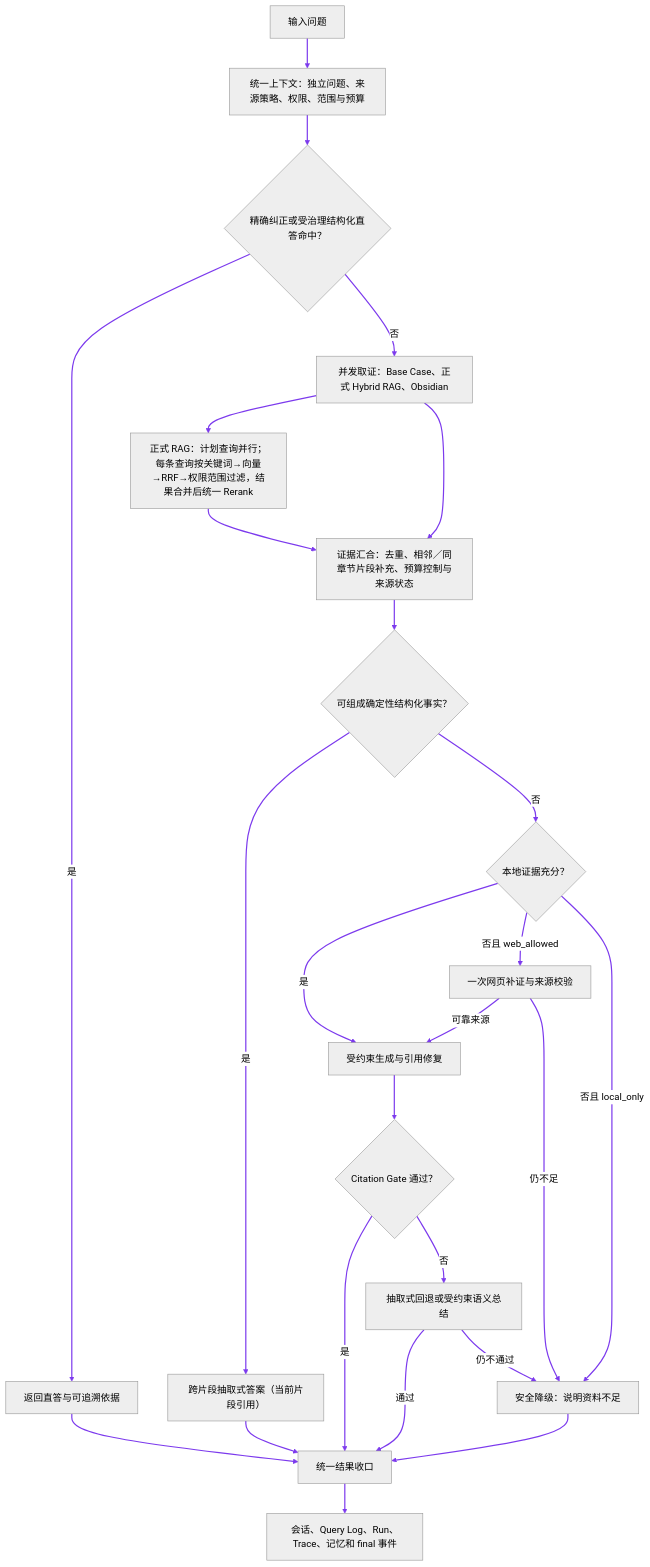
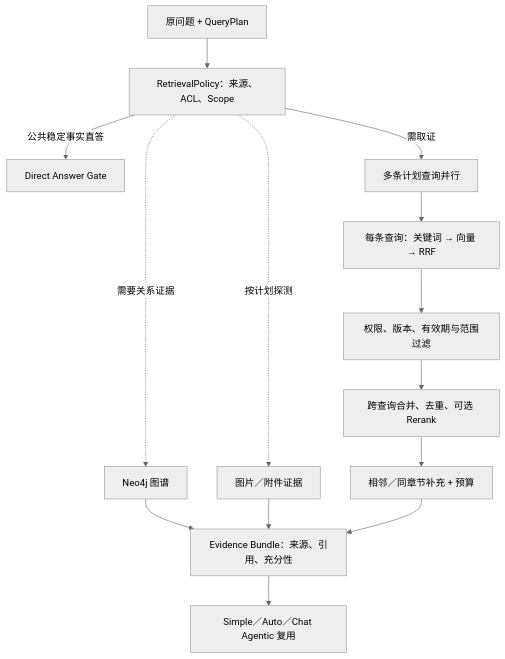
One commit to monstereatai/RAG changed the fifth of 15 diagrams in docs/interview/功能步骤流程.md. Above: the diagram before and after it, drawn with Mermaid (neutral theme). The commit also changed other lines of this file and 217 other files, not shown here.

````diff
--- a/docs/interview/功能步骤流程.md
+++ b/docs/interview/功能步骤流程.md
@@ -240,28 +200,16 @@
 ```mermaid
 flowchart TB
-  A[输入问题] --> B[统一上下文：独立问题、来源策略、权限、范围与预算]
-  B --> C{精确纠正或受治理结构化直答命中？}
-  C -->|是| D[返回直答与可追溯依据]
-  C -->|否| E[并发取证：Base Case、正式 Hybrid RAG、Obsidian]
-  E --> F[正式 RAG：计划查询并行；每条查询按关键词→向量→RRF→权限范围过滤，结果合并后统一 Rerank]
-  F --> G[证据汇合：去重、相邻／同章节片段补充、预算控制与来源状态]
-  E --> G
-  G --> H{可组成确定性结构化事实？}
-  H -->|是| I[跨片段抽取式答案（当前片段引用）]
-  H -->|否| J{本地证据充分？}
-  J -->|是| K[受约束生成与引用修复]
-  J -->|否且 web_allowed| L[一次网页补证与来源校验]
-  J -->|否且 local_only| M[安全降级：说明资料不足]
-  L -->|可靠来源| K
-  L -->|仍不足| M
-  D --> N[统一结果收口]
-  I --> N
-  K --> O{Citation Gate 通过？}
-  O -->|是| N
-  O -->|否| P[抽取式回退或受约束语义总结]
-  P -->|通过| N
-  P -->|仍不通过| M
-  M --> N
-  N --> Q[会话、Query Log、Run、Trace、记忆和 final 事件]
-  linkStyle 0,1,2,3,4,5,6,7,8,9,10,11,12,13,14,15,16,17,18,19,20,21,22,23 stroke:#7c3aed,stroke-width:2px
+  A[原问题 + QueryPlan] --> B[RetrievalPolicy：来源、ACL、Scope]
+  B -->|公共稳定事实直答| X[Direct Answer Gate]
+  B -->|需取证| C[多条计划查询并行]
+  C --> D[每条查询：关键词 → 向量 → RRF]
+  D --> E[权限、版本、有效期与范围过滤]
+  E --> F[跨查询合并、去重、可选 Rerank]
+  B -. 需要关系证据 .-> G[Neo4j 图谱]
+  B -. 按计划探测 .-> H[图片／附件证据]
+  F --> I[相邻／同章节补充 + 预算]
+  G --> J[Evidence Bundle：来源、引用、充分性]
+  H --> J
+  I --> J
+  J --> K[Simple／Auto／Chat Agentic 复用]
 ```
````
